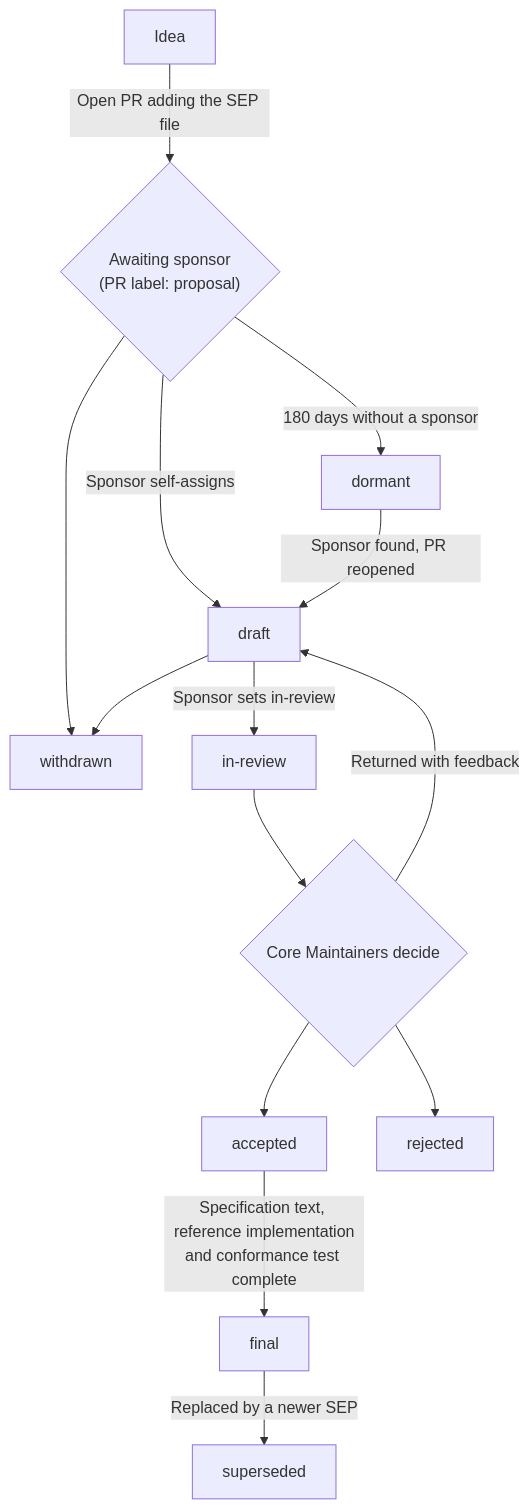
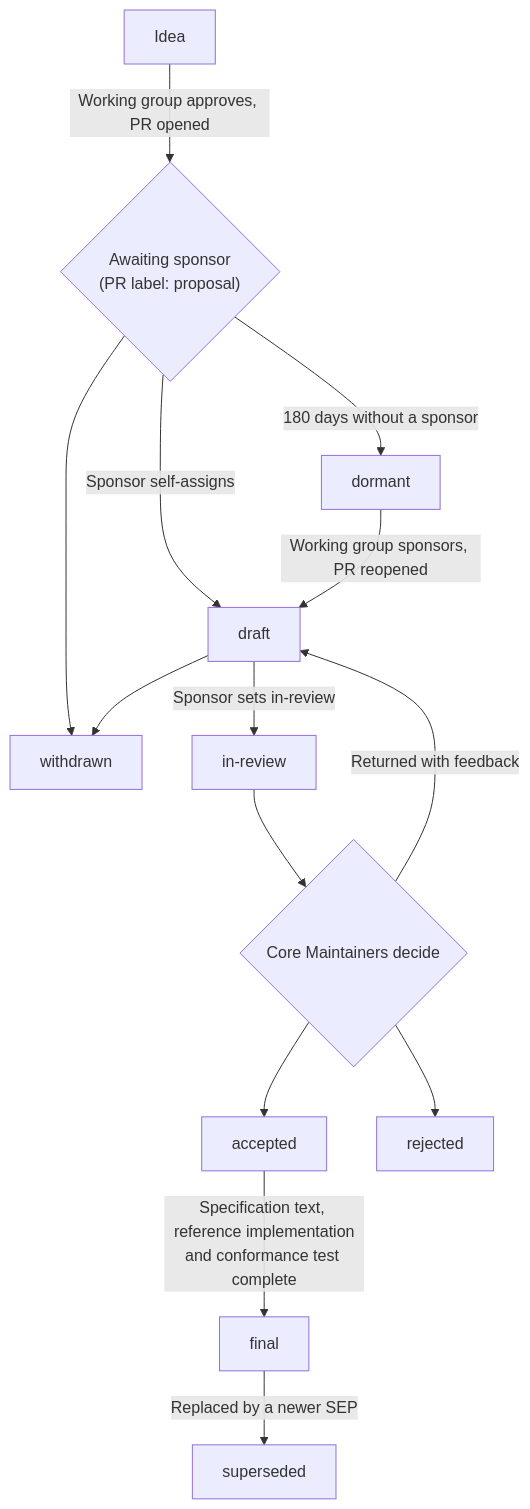
The diagram in docs/community/sep-guidelines.mdx (modelcontextprotocol/modelcontextprotocol), drawn with Mermaid before and after one commit. The commit also changed other lines of this file and 2 other files, not shown here.

First line of the commit message:
docs: align draft-sep skill and proposal state with working group approval

````diff
--- a/docs/community/sep-guidelines.mdx
+++ b/docs/community/sep-guidelines.mdx
@@ -43,28 +43,28 @@
 ```mermaid
 flowchart TD
     Idea["Idea"]
     Awaiting{"Awaiting sponsor<br/>(PR label: proposal)"}
     Draft["draft"]
     Dormant["dormant"]
     Withdrawn["withdrawn"]
     InReview["in-review"]
     Decision{"Core Maintainers decide"}
     Accepted["accepted"]
     Rejected["rejected"]
     Final["final"]
     Superseded["superseded"]
 
-    Idea -->|"Open PR adding the SEP file"| Awaiting
+    Idea -->|"Working group approves, PR opened"| Awaiting
     Awaiting -->|"Sponsor self-assigns"| Draft
     Awaiting -->|"180 days without a sponsor"| Dormant
-    Dormant -->|"Sponsor found, PR reopened"| Draft
+    Dormant -->|"Working group sponsors, PR reopened"| Draft
     Awaiting --> Withdrawn
     Draft --> Withdrawn
     Draft -->|"Sponsor sets in-review"| InReview
     InReview --> Decision
     Decision --> Accepted
     Decision --> Rejected
     Decision -->|"Returned with feedback"| Draft
     Accepted -->|"Specification text, reference implementation<br/>and conformance test complete"| Final
     Final -->|"Replaced by a newer SEP"| Superseded
 ```
````
